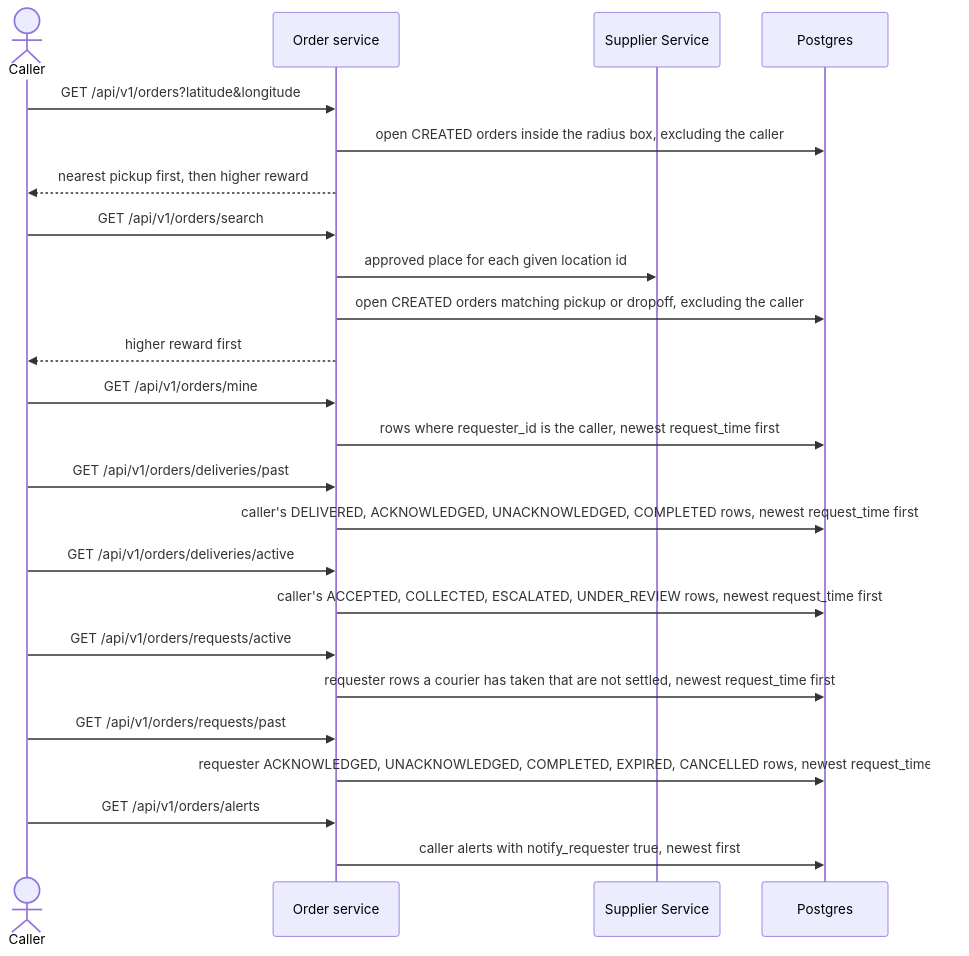
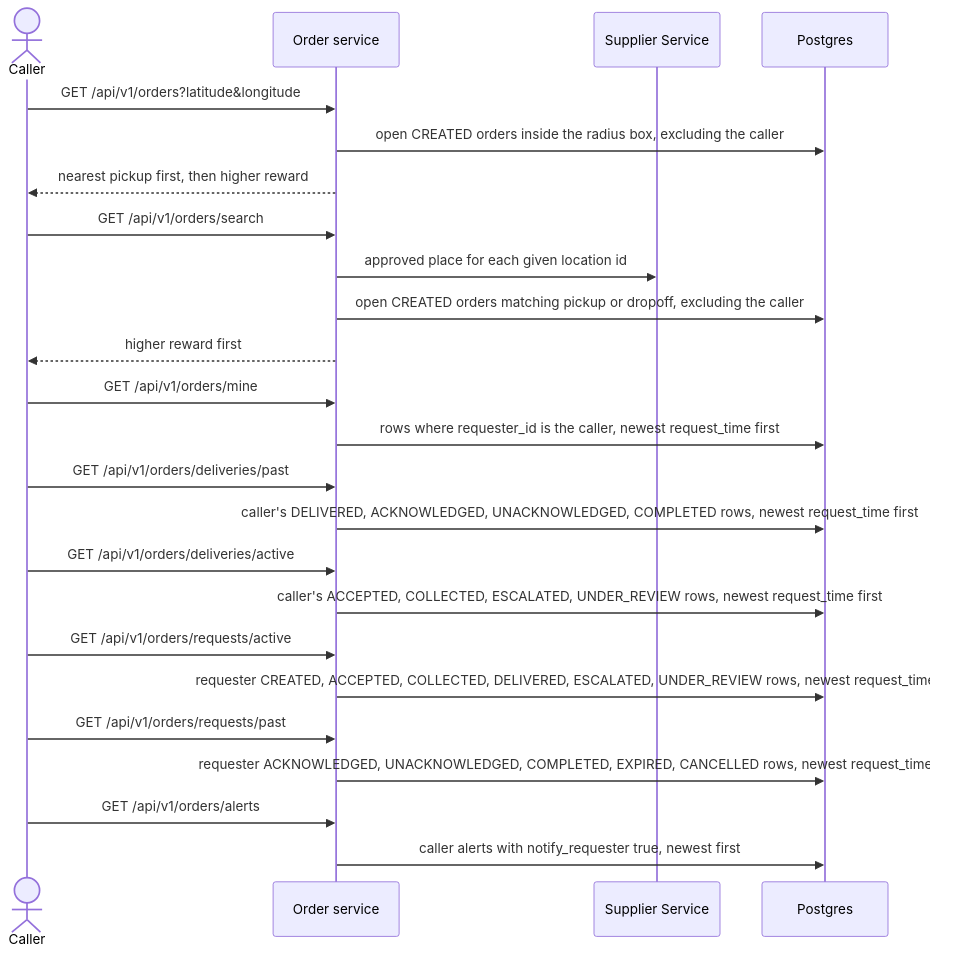
Before and after one commit to junngithub/AY2627S1-CS3219-P15: the diagram in order-service/docs/seq-queries.mmd, drawn with Mermaid. The commit also changed 6 other files, not shown here.

Commit message:
Show new orders under orders list

```diff
--- a/order-service/docs/seq-queries.mmd
+++ b/order-service/docs/seq-queries.mmd
@@ -1,27 +1,27 @@
 sequenceDiagram
     actor Caller
     participant Orders as Order service
     participant Supplier as Supplier Service
     participant DB as Postgres
 
     Caller->>Orders: GET /api/v1/orders?latitude&longitude
     Orders->>DB: open CREATED orders inside the radius box, excluding the caller
     Orders-->>Caller: nearest pickup first, then higher reward
 
     Caller->>Orders: GET /api/v1/orders/search
     Orders->>Supplier: approved place for each given location id
     Orders->>DB: open CREATED orders matching pickup or dropoff, excluding the caller
     Orders-->>Caller: higher reward first
 
     Caller->>Orders: GET /api/v1/orders/mine
     Orders->>DB: rows where requester_id is the caller, newest request_time first
     Caller->>Orders: GET /api/v1/orders/deliveries/past
     Orders->>DB: caller's DELIVERED, ACKNOWLEDGED, UNACKNOWLEDGED, COMPLETED rows, newest request_time first
     Caller->>Orders: GET /api/v1/orders/deliveries/active
     Orders->>DB: caller's ACCEPTED, COLLECTED, ESCALATED, UNDER_REVIEW rows, newest request_time first
     Caller->>Orders: GET /api/v1/orders/requests/active
-    Orders->>DB: requester rows a courier has taken that are not settled, newest request_time first
+    Orders->>DB: requester CREATED, ACCEPTED, COLLECTED, DELIVERED, ESCALATED, UNDER_REVIEW rows, newest request_time first
     Caller->>Orders: GET /api/v1/orders/requests/past
     Orders->>DB: requester ACKNOWLEDGED, UNACKNOWLEDGED, COMPLETED, EXPIRED, CANCELLED rows, newest request_time first
     Caller->>Orders: GET /api/v1/orders/alerts
     Orders->>DB: caller alerts with notify_requester true, newest first
```
